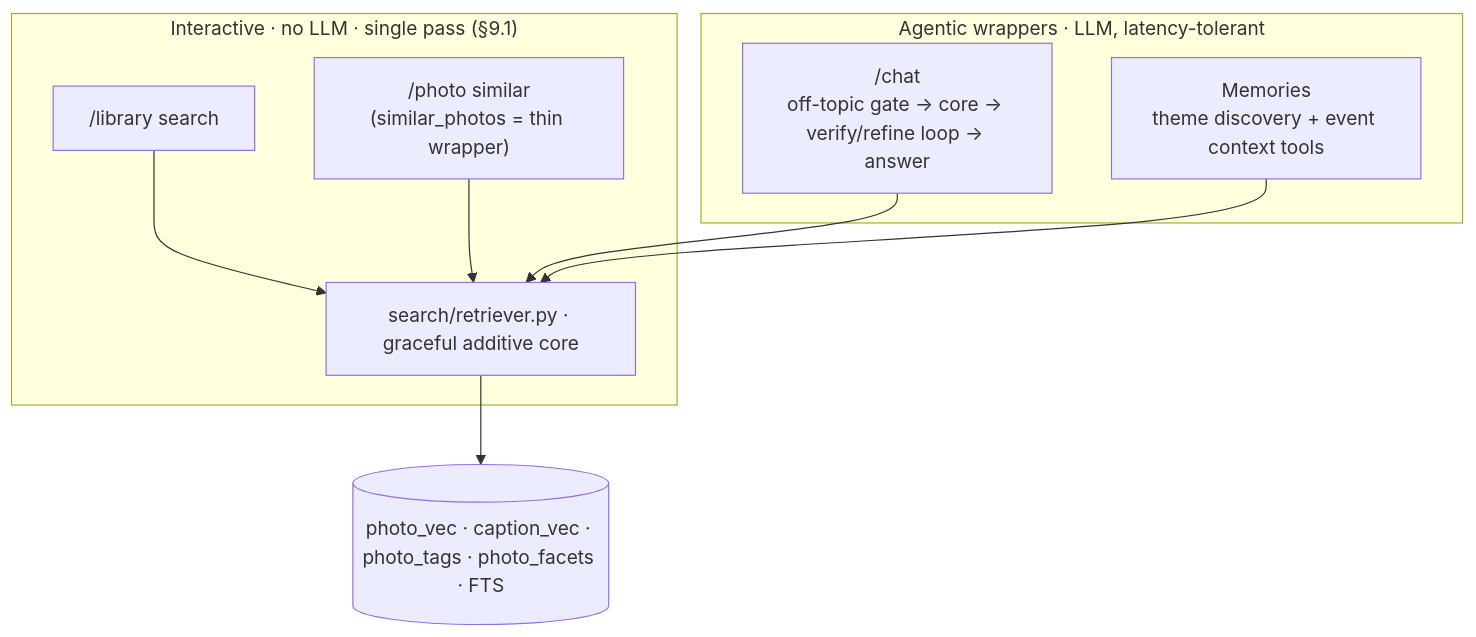
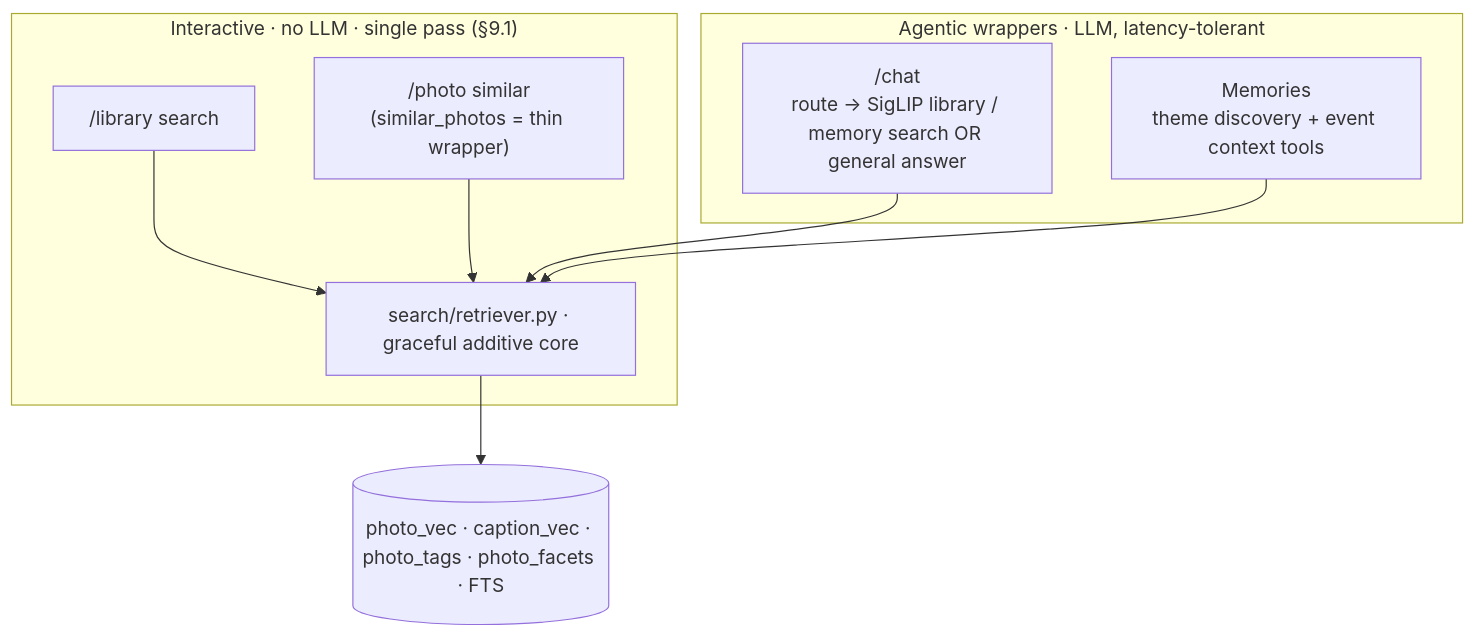
One commit to sadensmol/ivms777 changed the fourth of 6 diagrams in docs/design.md. Above: the diagram before and after it, drawn with Mermaid. The commit also changed other lines of this file and 44 other files, not shown here.

````diff
--- a/docs/design.md
+++ b/docs/design.md
@@ -1318,13 +1265,13 @@
 ```mermaid
 flowchart TB
     subgraph fast["Interactive · no LLM · single pass (§9.1)"]
         lib["/library search"] --> core
         sim["/photo similar<br/>(similar_photos = thin wrapper)"] --> core
     end
     subgraph agentic["Agentic wrappers · LLM, latency-tolerant"]
-        chat["/chat<br/>off-topic gate → core → verify/refine loop → answer"] --> core
+        chat["/chat<br/>route → SigLIP library / memory search OR general answer"] --> core
         mem["Memories<br/>theme discovery + event context tools"] --> core
     end
     core["search/retriever.py · graceful additive core"]
     core --> stores[("photo_vec · caption_vec · photo_tags · photo_facets · FTS")]
 ```
````
